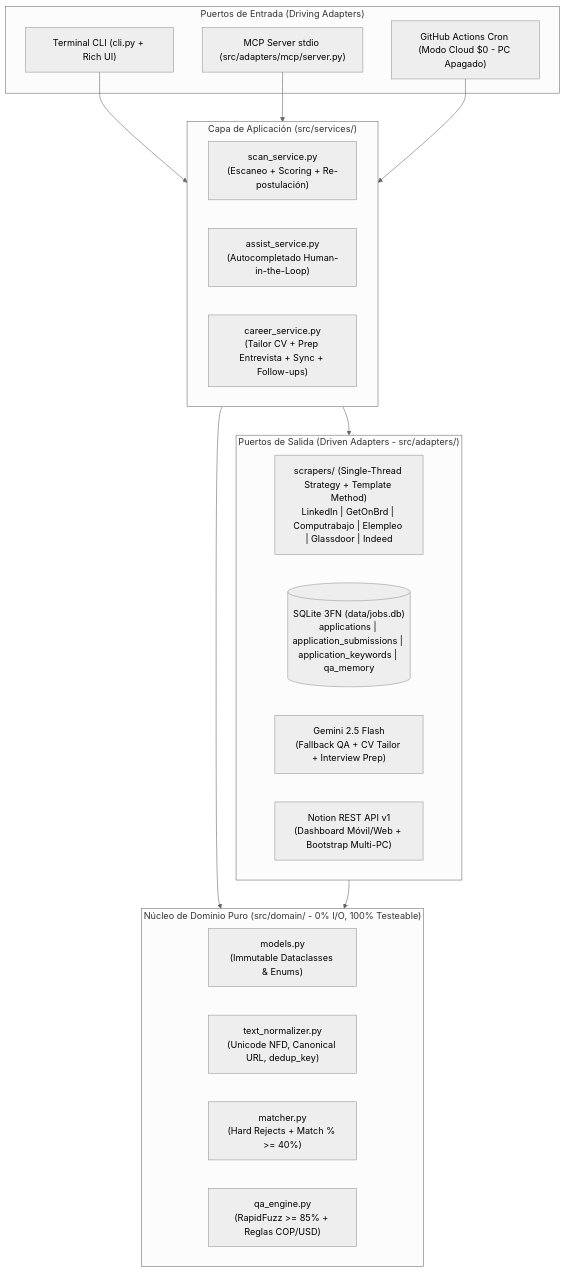
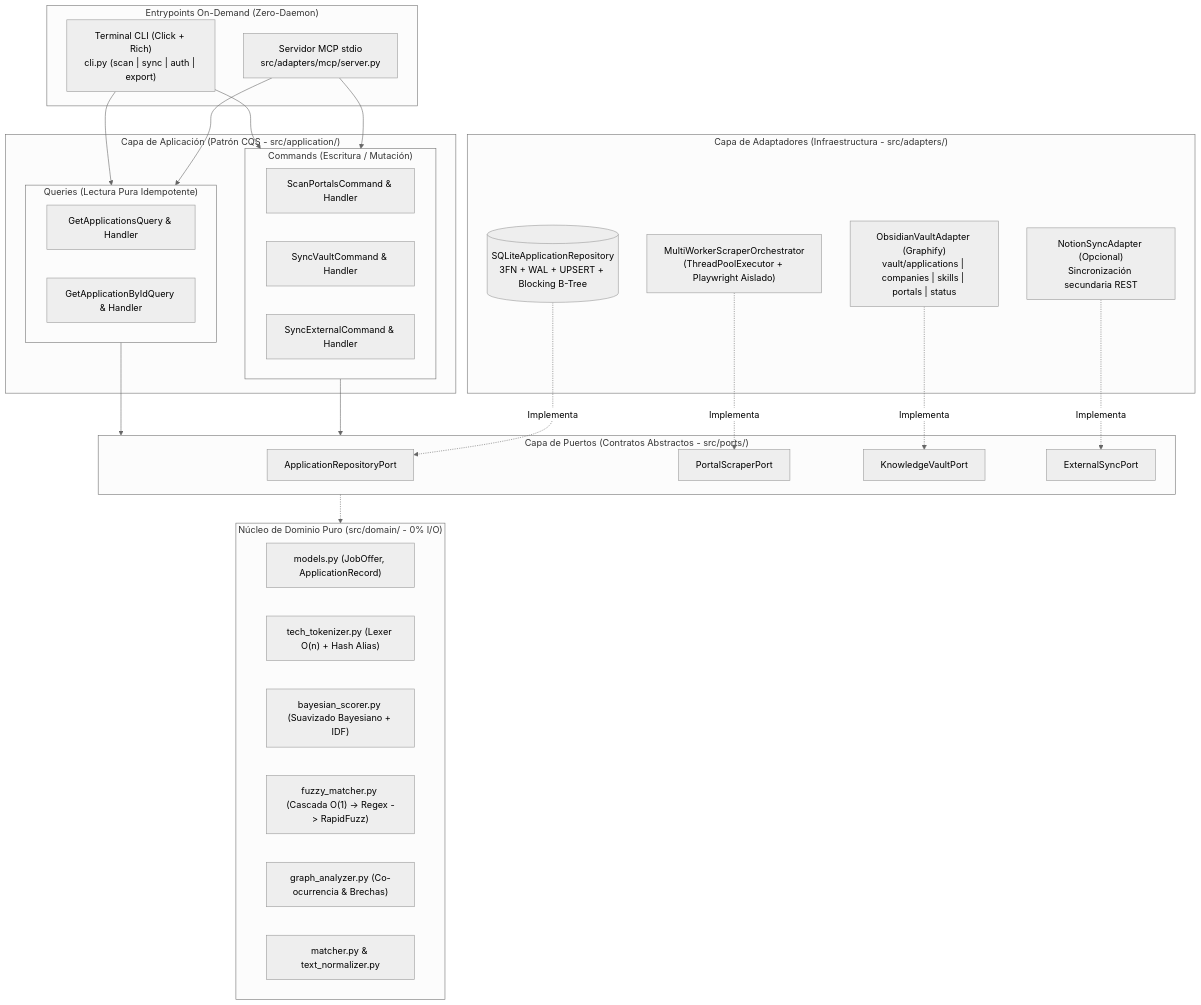
Before and after one commit to alejandroesbr/jobOS-bot: the diagram in README.md, drawn with Mermaid (neutral theme). The commit also changed other lines of this file and 79 other files, not shown here.

````diff
--- a/README.md
+++ b/README.md
@@ -22,33 +18,51 @@
 ```mermaid
-flowchart TB
-    subgraph Driving ["Puertos de Entrada (Driving Adapters)"]
-        CLI["Terminal CLI (cli.py + Rich UI)"]
-        MCP["MCP Server stdio (src/adapters/mcp/server.py)"]
-        GHA["GitHub Actions Cron (Modo Cloud $0 - PC Apagado)"]
+flowchart TD
+    subgraph Triggers ["Entrypoints On-Demand (Zero-Daemon)"]
+        MCP["Servidor MCP stdio\nsrc/adapters/mcp/server.py"]
+        CLI["Terminal CLI (Click + Rich)\ncli.py (scan | sync | auth | export)"]
     end
 
-    subgraph Application ["Capa de Aplicación (src/services/)"]
-        SCAN["scan_service.py\n(Escaneo + Scoring + Re-postulación)"]
-        ASSIST["assist_service.py\n(Autocompletado Human-in-the-Loop)"]
-        CAREER["career_service.py\n(Tailor CV + Prep Entrevista + Sync + Follow-ups)"]
+    subgraph Application ["Capa de Aplicación (Patrón CQS - src/application/)"]
+        subgraph Commands ["Commands (Escritura / Mutación)"]
+            CmdScan["ScanPortalsCommand & Handler"]
+            CmdVault["SyncVaultCommand & Handler"]
+            CmdExt["SyncExternalCommand & Handler"]
+        end
+        subgraph Queries ["Queries (Lectura Pura Idempotente)"]
+            QryApps["GetApplicationsQuery & Handler"]
+            QryById["GetApplicationByIdQuery & Handler"]
+        end
     end
 
-    subgraph Domain ["Núcleo de Dominio Puro (src/domain/ - 0% I/O, 100% Testeable)"]
-        MODELS["models.py\n(Immutable Dataclasses & Enums)"]
-        NORM["text_normalizer.py\n(Unicode NFD, Canonical URL, dedup_key)"]
-        MATCH["matcher.py\n(Hard Rejects + Match % >= 40%)"]
-        QA["qa_engine.py\n(RapidFuzz >= 85% + Reglas COP/USD)"]
+    subgraph Ports ["Capa de Puertos (Contratos Abstractos - src/ports/)"]
+        P_Repo["ApplicationRepositoryPort"]
+        P_Scraper["PortalScraperPort"]
+        P_Vault["KnowledgeVaultPort"]
+        P_Sync["ExternalSyncPort"]
     end
 
-    subgraph Driven ["Puertos de Salida (Driven Adapters - src/adapters/)"]
-        SCRAPERS["scrapers/ (Single-Thread Strategy + Template Method)\nLinkedIn | GetOnBrd | Computrabajo | Elempleo | Glassdoor | Indeed"]
-        DB[("SQLite 3FN (data/jobs.db)\napplications | application_submissions | application_keywords | qa_memory")]
-        AI["Gemini 2.5 Flash\n(Fallback QA + CV Tailor + Interview Prep)"]
-        NOTION["Notion REST API v1\n(Dashboard Móvil/Web + Bootstrap Multi-PC)"]
+    subgraph Domain ["Núcleo de Dominio Puro (src/domain/ - 0% I/O)"]
+        Models["models.py (JobOffer, ApplicationRecord)"]
+        Tokenizer["tech_tokenizer.py (Lexer O(n) + Hash Alias)"]
+        Bayesian["bayesian_scorer.py (Suavizado Bayesiano + IDF)"]
+        Fuzzy["fuzzy_matcher.py (Cascada O(1) -> Regex -> RapidFuzz)"]
+        Graph["graph_analyzer.py (Co-ocurrencia & Brechas)"]
+        Matcher["matcher.py & text_normalizer.py"]
     end
 
-    CLI & MCP & GHA --> Application
-    Application --> Domain
-    Application --> Driven
-    Driven --> Domain
+    subgraph Adapters ["Capa de Adaptadores (Infraestructura - src/adapters/)"]
+        A_Scrapers["MultiWorkerScraperOrchestrator\n(ThreadPoolExecutor + Playwright Aislado)"]
+        A_SQLite[("SQLiteApplicationRepository\n3FN + WAL + UPSERT + Blocking B-Tree")]
+        A_Obsidian["ObsidianVaultAdapter (Graphify)\nvault/applications | companies | skills | portals | status"]
+        A_Notion["NotionSyncAdapter (Opcional)\nSincronización secundaria REST"]
+    end
+
+    MCP --> Commands & Queries
+    CLI --> Commands & Queries
+    Commands & Queries --> Ports
+    Ports -.-> Domain
+    A_Scrapers -.->|Implementa| P_Scraper
+    A_SQLite -.->|Implementa| P_Repo
+    A_Obsidian -.->|Implementa| P_Vault
+    A_Notion -.->|Implementa| P_Sync
 ```
````
